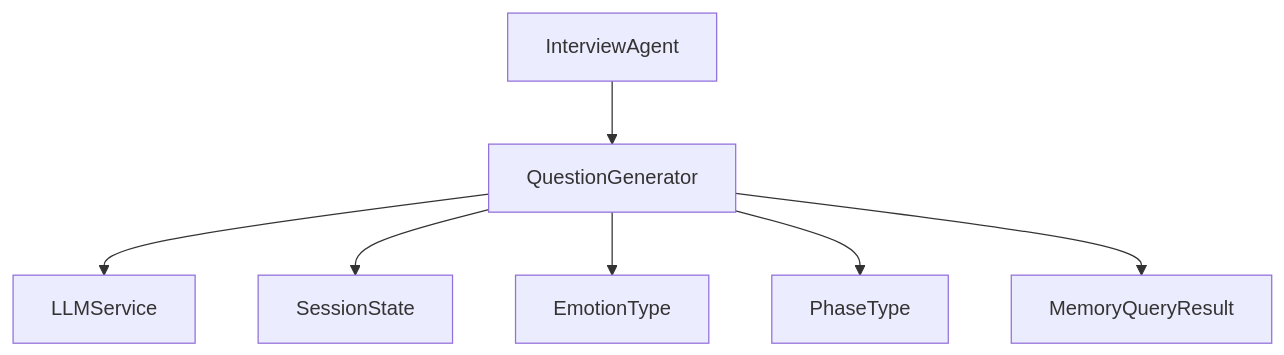
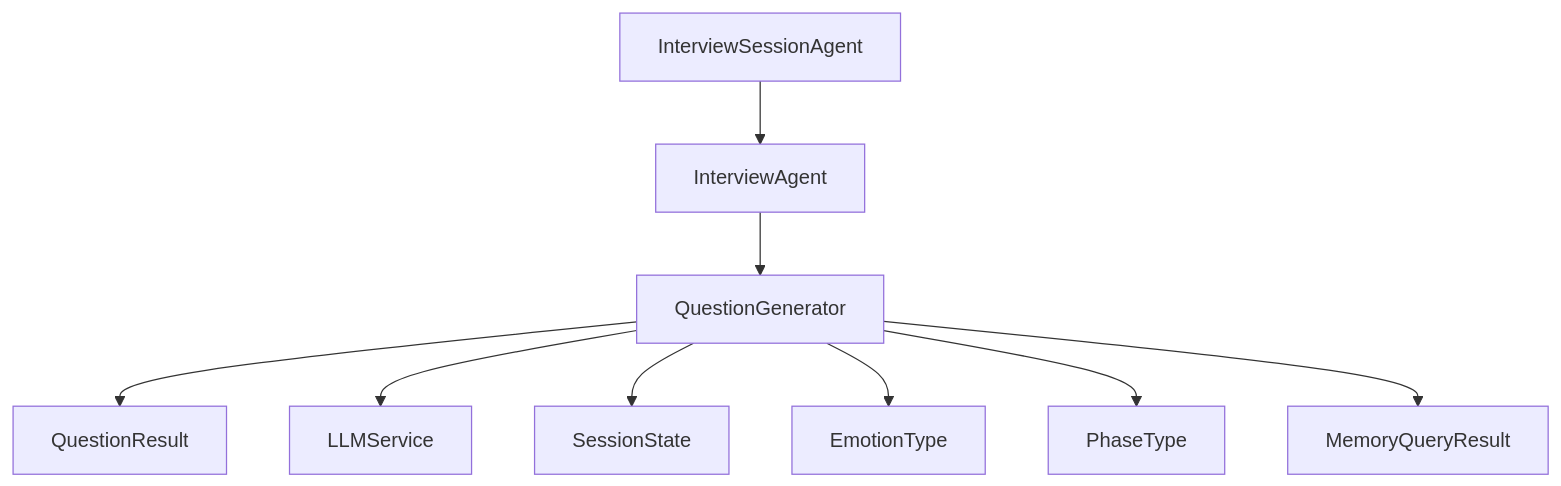
The ninth of 9 diagrams in .qoder/repowiki/en/content/AI Services/Question Generator.md (WangYiKai1017/zizuan), drawn with Mermaid before and after one commit. The commit also changed other lines of this file and 31 other files, not shown here.

````diff
--- a/.qoder/repowiki/en/content/AI Services/Question Generator.md
+++ b/.qoder/repowiki/en/content/AI Services/Question Generator.md
@@ -430,16 +543,20 @@
 ```mermaid
 graph TB
 QG["QuestionGenerator"]
+QR["QuestionResult"]
 LLM["LLMService"]
 SS["SessionState"]
 ET["EmotionType"]
 PT["PhaseType"]
 MQR["MemoryQueryResult"]
 IA["InterviewAgent"]
+ISA["InterviewSessionAgent"]
+QG --> QR
 QG --> LLM
 QG --> SS
 QG --> ET
 QG --> PT
 QG --> MQR
 IA --> QG
+ISA --> IA
 ```
````
